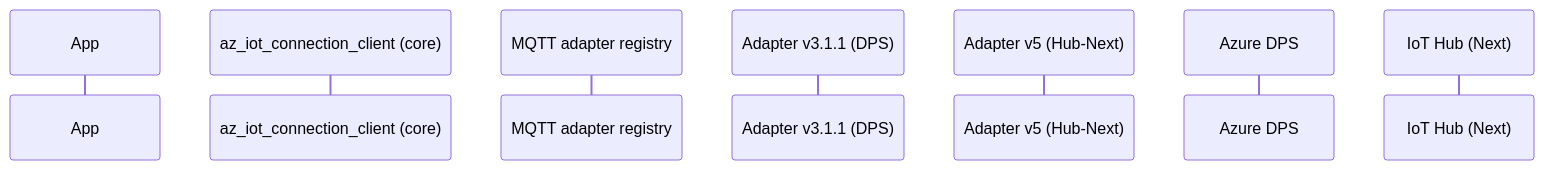
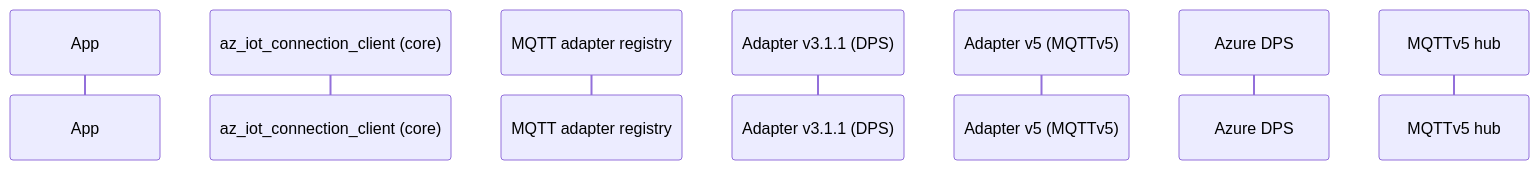
One commit to Azure/azure-iot-sdk changed the second of 4 diagrams in c/docs/design.md. Above: the diagram before and after it, drawn with Mermaid. The commit also changed other lines of this file and 99 other files, not shown here.

First line of the commit message:
[C] Rename Classic/Next/AEG to MQTTv3/MQTTv5 (#274)

````diff
--- a/c/docs/design.md
+++ b/c/docs/design.md
@@ -126,11 +126,11 @@
 ```mermaid
 sequenceDiagram
     autonumber
     participant App as App
     participant Conn as az_iot_connection_client (core)
     participant Reg as MQTT adapter registry
     participant M3 as Adapter v3.1.1 (DPS)
-    participant M5 as Adapter v5 (Hub-Next)
+    participant M5 as Adapter v5 (MQTTv5)
     participant DPS as Azure DPS
-    participant Hub as IoT Hub (Next)
+    participant Hub as MQTTv5 hub
 ```
````
